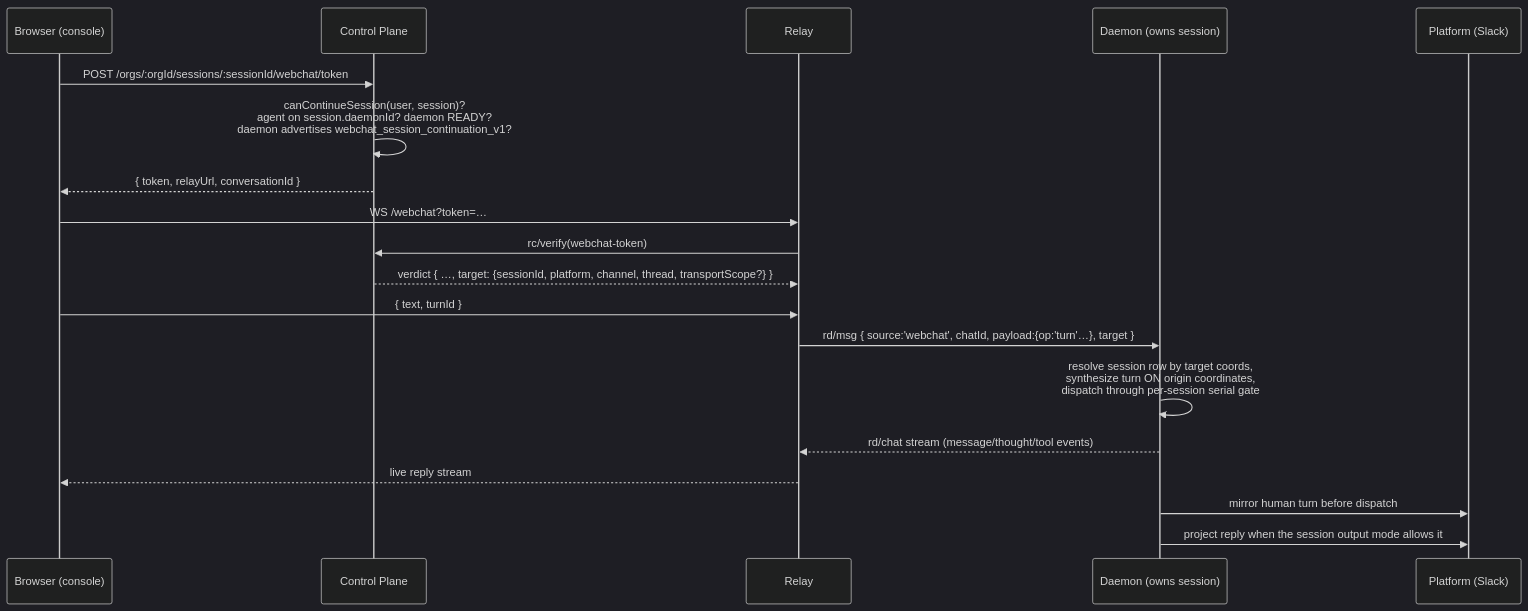
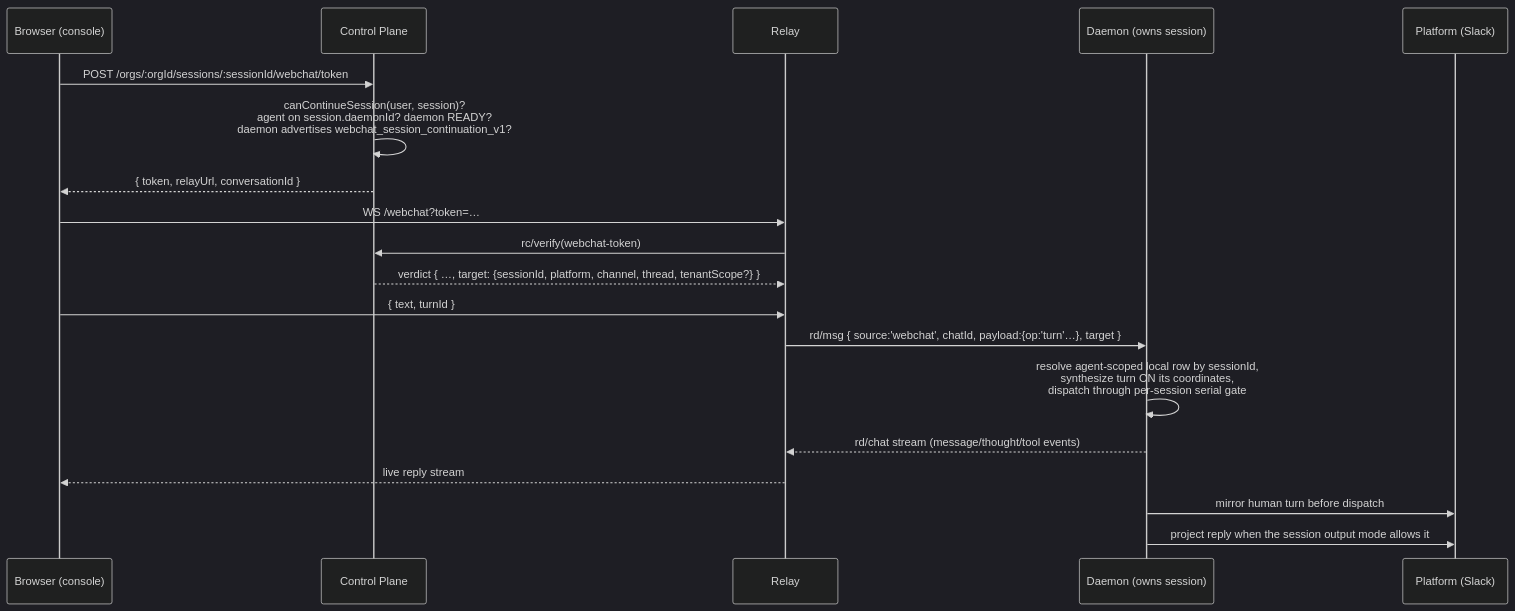
One commit to agentconnect-md/agentconnect changed the diagram in docs/designs/webchat-cross-integration-continuation.md. Above: the diagram before and after it, drawn with Mermaid (dark theme). The commit also changed other lines of this file, not shown here.

````diff
--- a/docs/designs/webchat-cross-integration-continuation.md
+++ b/docs/designs/webchat-cross-integration-continuation.md
@@ -142,22 +146,22 @@
 ```mermaid
 sequenceDiagram
     participant B as Browser (console)
     participant CP as Control Plane
     participant R as Relay
     participant D as Daemon (owns session)
     participant P as Platform (Slack)
 
     B->>CP: POST /orgs/:orgId/sessions/:sessionId/webchat/token
     CP->>CP: canContinueSession(user, session)?<br/>agent on session.daemonId? daemon READY?<br/>daemon advertises webchat_session_continuation_v1?
     CP-->>B: { token, relayUrl, conversationId }
     B->>R: WS /webchat?token=…
     R->>CP: rc/verify(webchat-token)
-    CP-->>R: verdict { …, target: {sessionId, platform, channel, thread, transportScope?} }
+    CP-->>R: verdict { …, target: {sessionId, platform, channel, thread, tenantScope?} }
     B->>R: { text, turnId }
     R->>D: rd/msg { source:'webchat', chatId, payload:{op:'turn'…}, target }
-    D->>D: resolve session row by target coords,<br/>synthesize turn ON origin coordinates,<br/>dispatch through per-session serial gate
+    D->>D: resolve agent-scoped local row by sessionId,<br/>synthesize turn ON its coordinates,<br/>dispatch through per-session serial gate
     D-->>R: rd/chat stream (message/thought/tool events)
     R-->>B: live reply stream
     D->>P: mirror human turn before dispatch
     D->>P: project reply when the session output mode allows it
 ```
````
